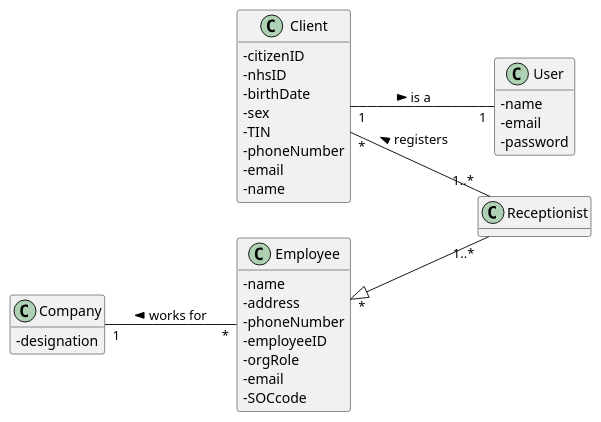
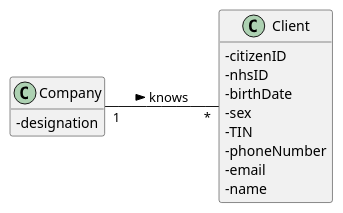
Before and after one commit to 0franciscor/lei-21-s2-1de-g19: the diagram in docs/SprintC/US03/US03-MD.puml, drawn with PlantUML. The commit also changed 5 other files, not shown here.

```diff
--- a/docs/SprintC/US03/US03-MD.puml
+++ b/docs/SprintC/US03/US03-MD.puml
@@ -1,53 +1,30 @@
 @startuml
 'https://plantuml.com/class-diagram
 hide methods
 
-class Receptionist
+
 class Client
-class Employee
 class Company
-class User
+
 left to right direction
 
-Client "*" -- "1..*" Receptionist : < registers
-Employee "*" <|-- "1..*" Receptionist
-Company "1" -- "*" Employee : < works for
-Client "1" -- "1" User : > is a
+Company "1" -- "*" Client : > knows
 
 skinparam classAttributeIconSize 0
 
 class Company{
 -designation
-}
-
-class Receptionist{
 }
 
 class Client{
 -citizenID
 -nhsID
 -birthDate
 -sex
 -TIN
 -phoneNumber
 -email
 -name
 }
 
-class Employee{
--name
--address
--phoneNumber
--employeeID
--orgRole
--email
--SOCcode
-}
-
-class User {
--name
--email
--password
-}
-
 @enduml
```
